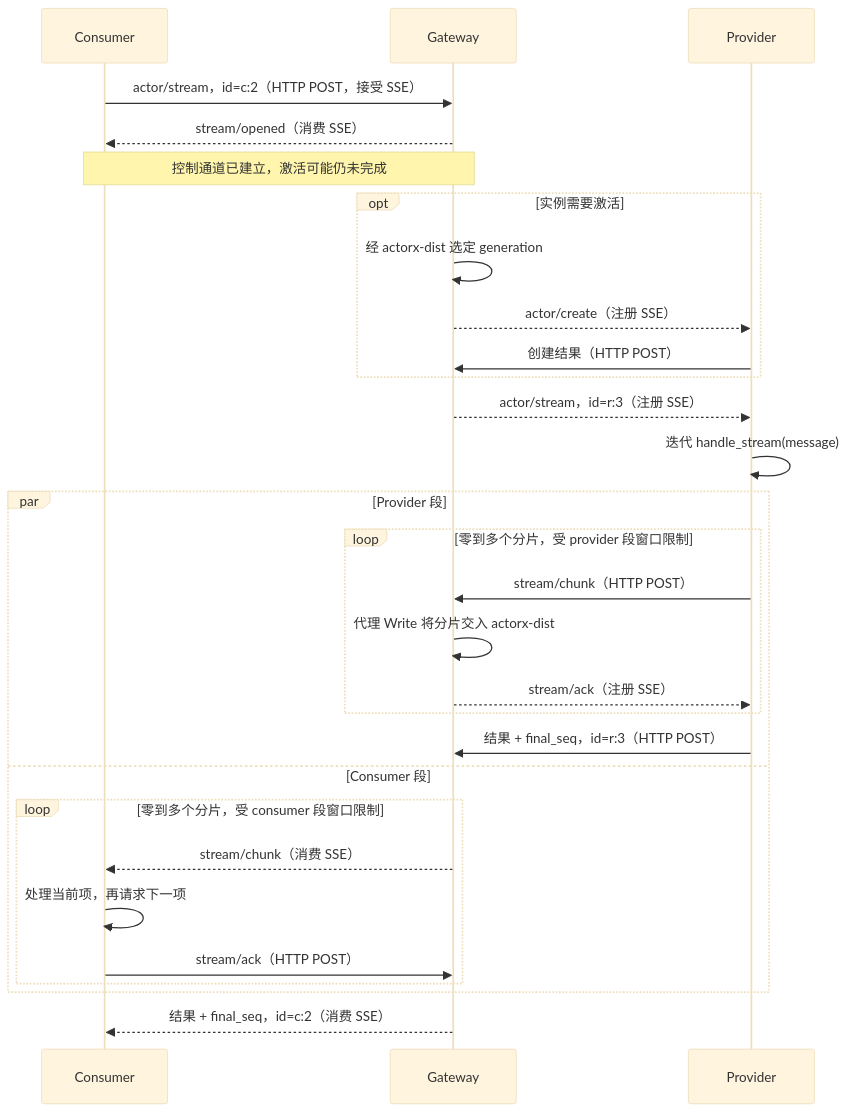
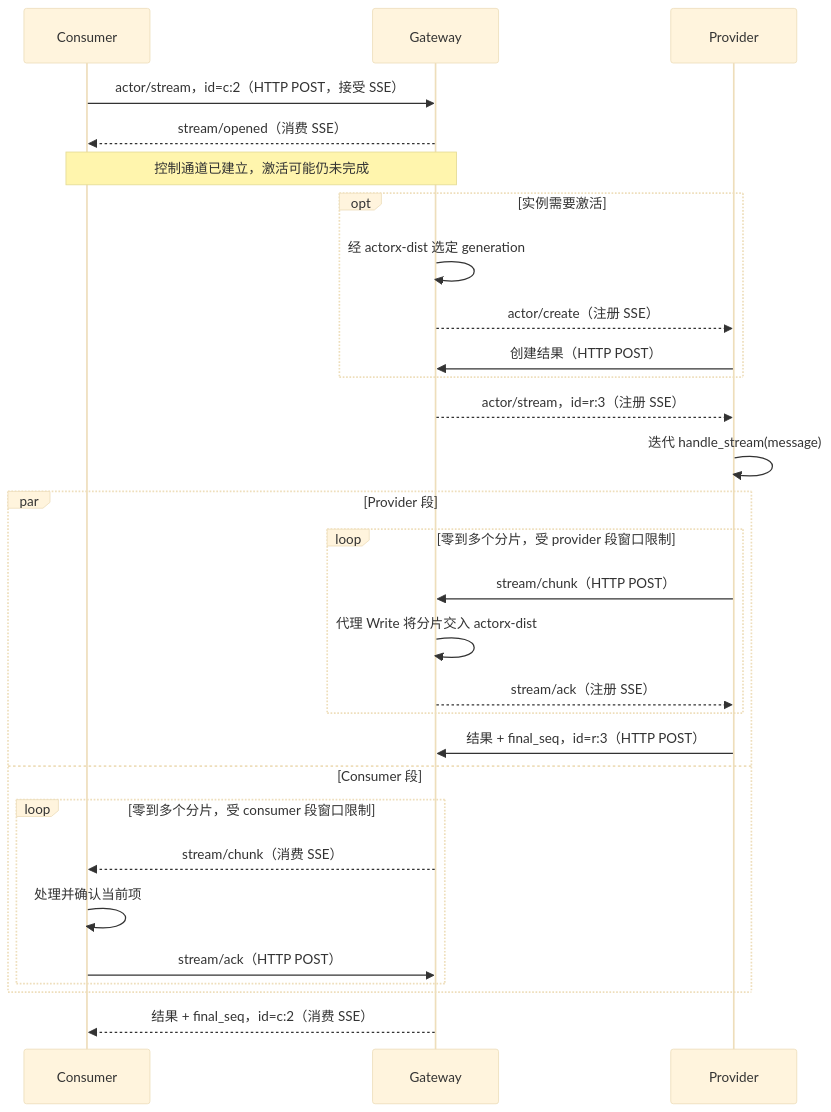
One commit to go-aie/actorx-dist changed the third of 4 diagrams in remote/docs/protocol.zh.md. Above: the diagram before and after it, drawn with Mermaid (base theme). The commit also changed other lines of this file and 56 other files, not shown here.

````diff
--- a/remote/docs/protocol.zh.md
+++ b/remote/docs/protocol.zh.md
@@ -326,31 +326,31 @@
 ```mermaid
 sequenceDiagram
     participant C as Consumer
     participant G as Gateway
     participant P as Provider
     C->>G: actor/stream，id=c:2（HTTP POST，接受 SSE）
     G-->>C: stream/opened（消费 SSE）
     Note over C,G: 控制通道已建立，激活可能仍未完成
     opt 实例需要激活
         G->>G: 经 actorx-dist 选定 generation
         G-->>P: actor/create（注册 SSE）
         P->>G: 创建结果（HTTP POST）
     end
     G-->>P: actor/stream，id=r:3（注册 SSE）
     P->>P: 迭代 handle_stream(message)
     par Provider 段
         loop 零到多个分片，受 provider 段窗口限制
             P->>G: stream/chunk（HTTP POST）
             G->>G: 代理 Write 将分片交入 actorx-dist
             G-->>P: stream/ack（注册 SSE）
         end
         P->>G: 结果 + final_seq，id=r:3（HTTP POST）
     and Consumer 段
         loop 零到多个分片，受 consumer 段窗口限制
             G-->>C: stream/chunk（消费 SSE）
-            C->>C: 处理当前项，再请求下一项
+            C->>C: 处理并确认当前项
             C->>G: stream/ack（HTTP POST）
         end
     end
     G-->>C: 结果 + final_seq，id=c:2（消费 SSE）
 ```
````
